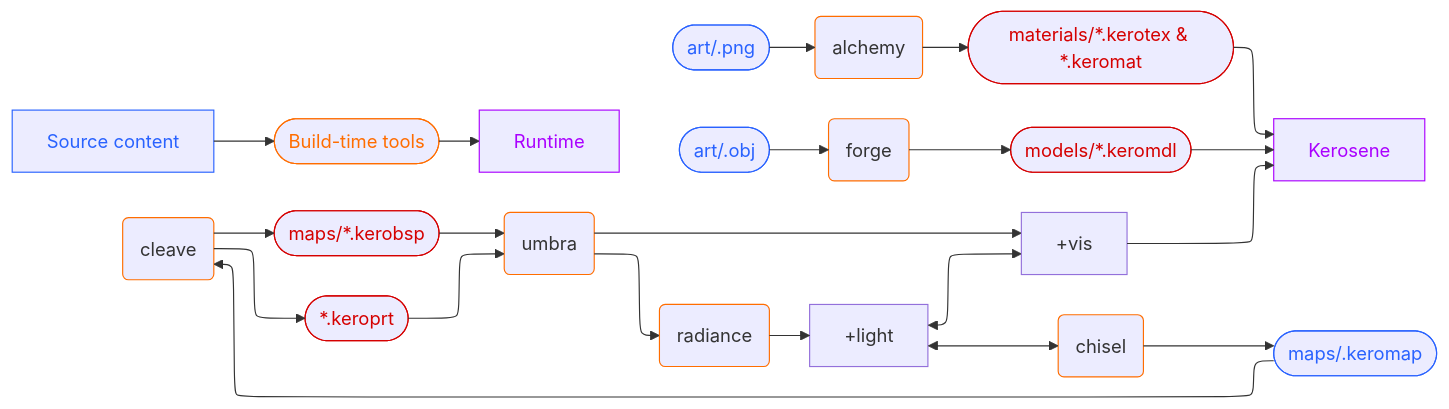
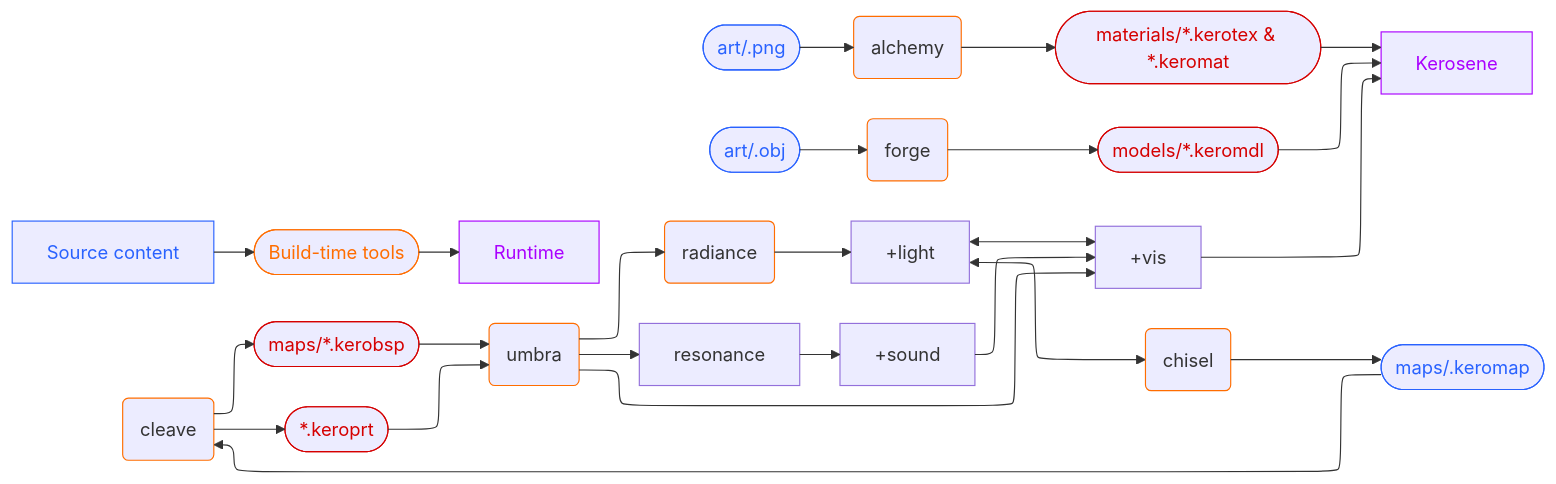
Before and after one commit to T342guy/Kerosene: the first of 2 diagrams in src/docs/architecture.md, drawn with Mermaid. The commit also changed other lines of this file and 53 other files, not shown here.

````diff
--- a/src/docs/architecture.md
+++ b/src/docs/architecture.md
@@ -7,53 +7,55 @@
 ```mermaid
 ---
 config:
   layout: elk
 ---
 flowchart LR
     n1["Source content"] --> n2(["Build-time tools"])
     n2 --> n3["Runtime"]
     n4(["art/.png"]) --> n7@{ label: "<span style=\"color:\">alchemy</span>" }
     n7 --> n8(["materials/*.kerotex &amp; *.keromat"])
     n8 --> n9["Kerosene"]
     n5(["art/.obj"]) --> n10["forge"]
     n10 --> n11(["models/*.keromdl"])
     n11 --> n9
     n6(["maps/.keromap"]) --> n12["cleave"]
     n12 --> n13(["maps/*.kerobsp"]) & n15(["`*.keroprt`"])
     n13 --> n14["umbra"]
     n15 --> n14
-    n14 --> n16["+vis"] & n17["radiance"]
+    n14 --> n16["+vis"] & n17["radiance"] & n20["resonance"]
     n16 --> n9
     n17 --> n18["+light"]
+    n20 --> n21["+sound"]
+    n21 --> n16
     n18 <--> n16 & n19["chisel"]
     n19 --> n6
 
     n1@{ shape: rect}
     n3@{ shape: rect}
     n7@{ shape: rounded}
     n9@{ shape: rect}
     n10@{ shape: rounded}
     n12@{ shape: rounded}
     n14@{ shape: rounded}
     n16@{ shape: rect}
     n17@{ shape: rounded}
     n18@{ shape: rect}
     n19@{ shape: rounded}
     style n1 stroke:#2962FF,color:#2962FF
     style n2 stroke:#FF6D00,color:#FF6D00
     style n3 stroke:#AA00FF,color:#AA00FF
     style n4 stroke:#2962FF,color:#2962FF
     style n7 stroke:#FF6D00
     style n8 color:#D50000,stroke:#D50000
     style n9 color:#AA00FF,stroke:#AA00FF
     style n5 stroke:#2962FF,color:#2962FF
     style n10 stroke:#FF6D00
     style n11 color:#D50000,stroke:#D50000
     style n6 stroke:#2962FF,color:#2962FF
     style n12 stroke:#FF6D00
     style n13 color:#D50000,stroke:#D50000
     style n15 stroke:#D50000,color:#D50000
     style n14 stroke:#FF6D00
     style n17 stroke:#FF6D00
     style n19 stroke:#FF6D00
 ```
````
